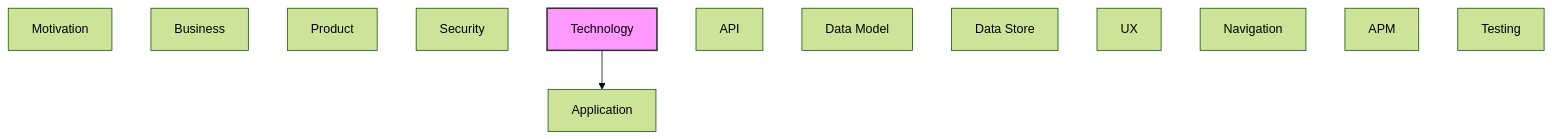
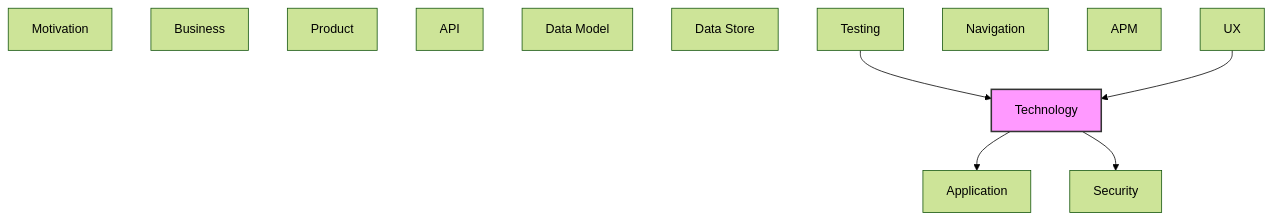
Before and after one commit to tinkermonkey/heimdall: the diagram in documentation-robotics/reports/06-technology-layer-report.md, drawn with Mermaid (forest theme). The commit also changed other lines of this file and 68 other files, not shown here.

````diff
--- a/documentation-robotics/reports/06-technology-layer-report.md
+++ b/documentation-robotics/reports/06-technology-layer-report.md
@@ -80,19 +89,22 @@
 ```mermaid
 flowchart TB
   classDef current fill:#f9f,stroke:#333,stroke-width:2px
   motivation["Motivation"]
   business["Business"]
   product["Product"]
   security["Security"]
   application["Application"]
   technology["Technology"]
   api["API"]
   data_model["Data Model"]
   data_store["Data Store"]
   ux["UX"]
   navigation["Navigation"]
   apm["APM"]
   testing["Testing"]
   technology --> application
+  technology --> security
+  testing --> technology
+  ux --> technology
   class technology current
 ```
````
